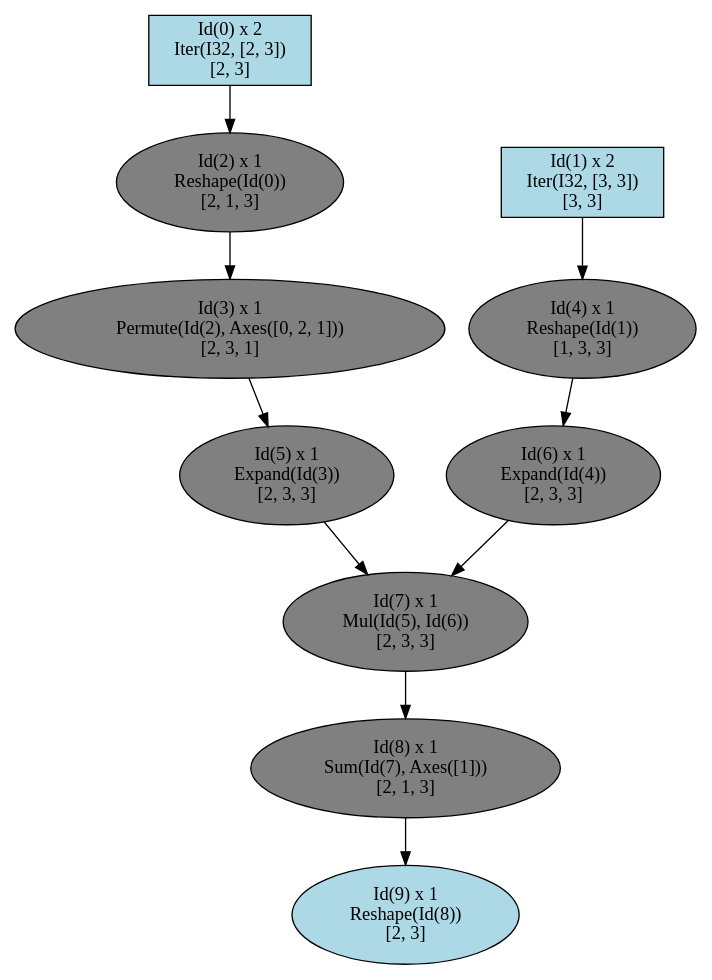
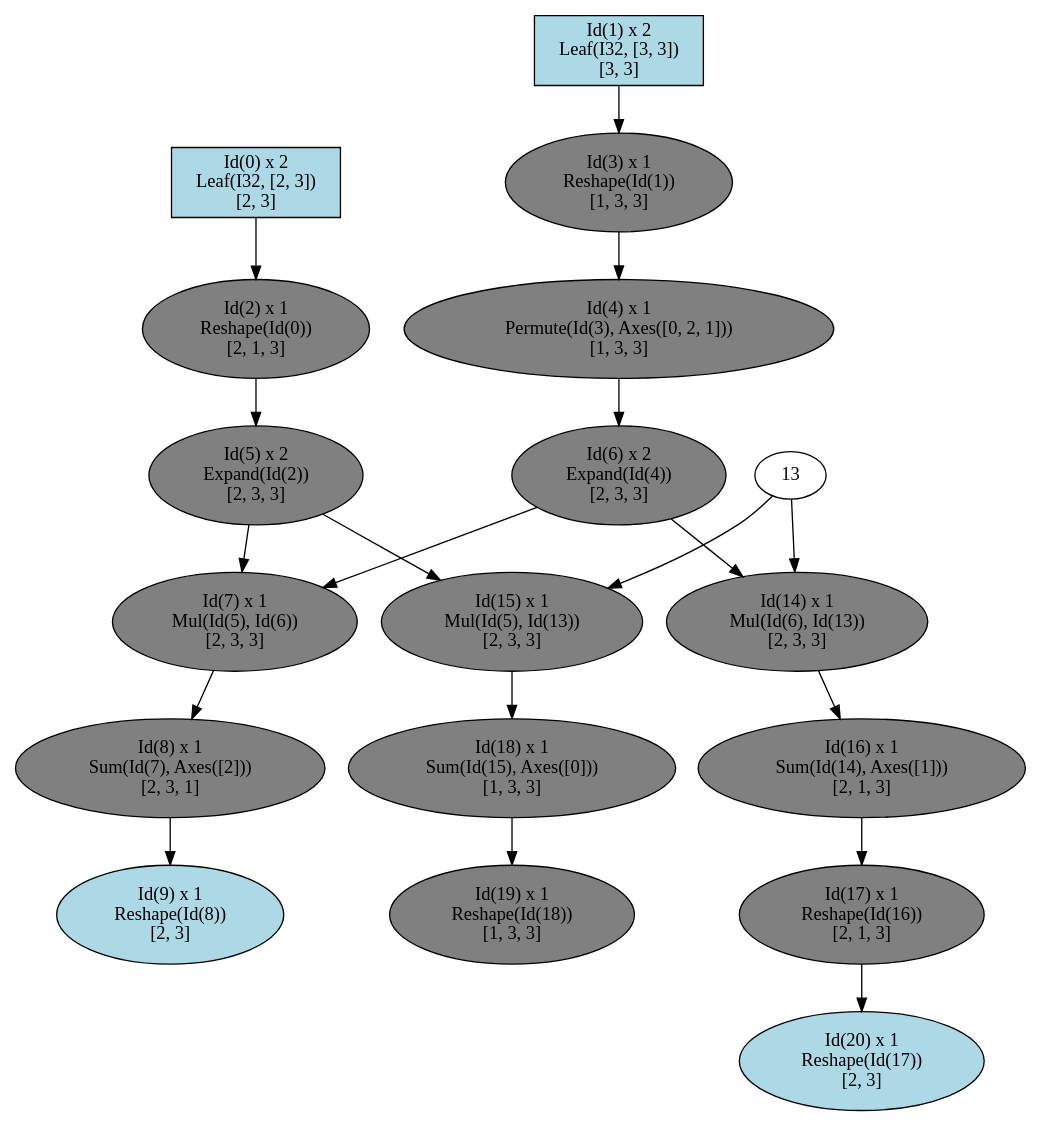
The diagram in matmul.dot (zk4x/zyx), drawn with Graphviz before and after one commit. The commit also changed 11 other files, not shown here.

```diff
--- a/matmul.dot
+++ b/matmul.dot
@@ -1,52 +1,82 @@
 strict digraph {
   ordering=in
   rank=source
   0[label="Id(0) x 2
-Iter(I32, [2, 3])
+Leaf(I32, [2, 3])
 [2, 3]", shape=box, fillcolor="lightblue", style=filled]
   1[label="Id(1) x 2
-Iter(I32, [3, 3])
+Leaf(I32, [3, 3])
 [3, 3]", shape=box, fillcolor="lightblue", style=filled]
-  9[label="Id(9) x 1
-Reshape(Id(8))
+  20[label="Id(20) x 1
+Reshape(Id(17))
 [2, 3]", shape=oval, fillcolor="lightblue", style=filled]
   2[label="Id(2) x 1
 Reshape(Id(0))
 [2, 1, 3]", shape=oval, fillcolor="grey", style=filled]
   3[label="Id(3) x 1
-Permute(Id(2), Axes([0, 2, 1]))
-[2, 3, 1]", shape=oval, fillcolor="grey", style=filled]
-  4[label="Id(4) x 1
 Reshape(Id(1))
 [1, 3, 3]", shape=oval, fillcolor="grey", style=filled]
-  5[label="Id(5) x 1
-Expand(Id(3))
+  4[label="Id(4) x 1
+Permute(Id(3), Axes([0, 2, 1]))
+[1, 3, 3]", shape=oval, fillcolor="grey", style=filled]
+  5[label="Id(5) x 2
+Expand(Id(2))
 [2, 3, 3]", shape=oval, fillcolor="grey", style=filled]
-  6[label="Id(6) x 1
+  6[label="Id(6) x 2
 Expand(Id(4))
 [2, 3, 3]", shape=oval, fillcolor="grey", style=filled]
   7[label="Id(7) x 1
 Mul(Id(5), Id(6))
 [2, 3, 3]", shape=oval, fillcolor="grey", style=filled]
   7[label="Id(7) x 1
 Mul(Id(5), Id(6))
 [2, 3, 3]", shape=oval, fillcolor="grey", style=filled]
   8[label="Id(8) x 1
-Sum(Id(7), Axes([1]))
-[2, 1, 3]", shape=oval, fillcolor="grey", style=filled]
+Sum(Id(7), Axes([2]))
+[2, 3, 1]", shape=oval, fillcolor="grey", style=filled]
   9[label="Id(9) x 1
 Reshape(Id(8))
 [2, 3]", shape=oval, fillcolor="lightblue", style=filled]
-  8 -> 9
+  14[label="Id(14) x 1
+Mul(Id(6), Id(13))
+[2, 3, 3]", shape=oval, fillcolor="grey", style=filled]
+  15[label="Id(15) x 1
+Mul(Id(5), Id(13))
+[2, 3, 3]", shape=oval, fillcolor="grey", style=filled]
+  16[label="Id(16) x 1
+Sum(Id(14), Axes([1]))
+[2, 1, 3]", shape=oval, fillcolor="grey", style=filled]
+  17[label="Id(17) x 1
+Reshape(Id(16))
+[2, 1, 3]", shape=oval, fillcolor="grey", style=filled]
+  18[label="Id(18) x 1
+Sum(Id(15), Axes([0]))
+[1, 3, 3]", shape=oval, fillcolor="grey", style=filled]
+  19[label="Id(19) x 1
+Reshape(Id(18))
+[1, 3, 3]", shape=oval, fillcolor="grey", style=filled]
+  20[label="Id(20) x 1
+Reshape(Id(17))
+[2, 3]", shape=oval, fillcolor="lightblue", style=filled]
+  17 -> 20
   0 -> 2
-  2 -> 3
-  1 -> 4
-  3 -> 5
+  1 -> 3
+  3 -> 4
+  2 -> 5
   4 -> 6
   5 -> 7
   6 -> 7
   5 -> 7
   6 -> 7
   7 -> 8
   8 -> 9
+  6 -> 14
+  13 -> 14
+  5 -> 15
+  13 -> 15
+  14 -> 16
+  16 -> 17
+  15 -> 18
+  18 -> 19
+  17 -> 20
 }
```
